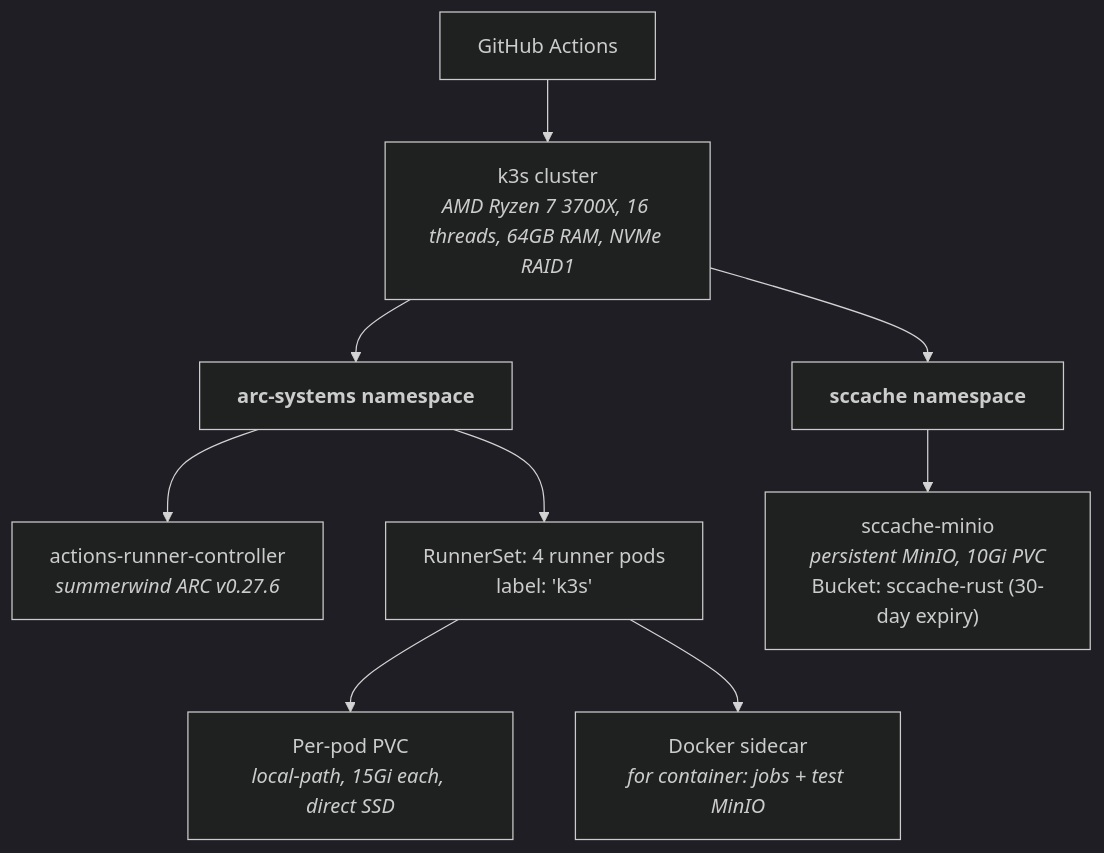
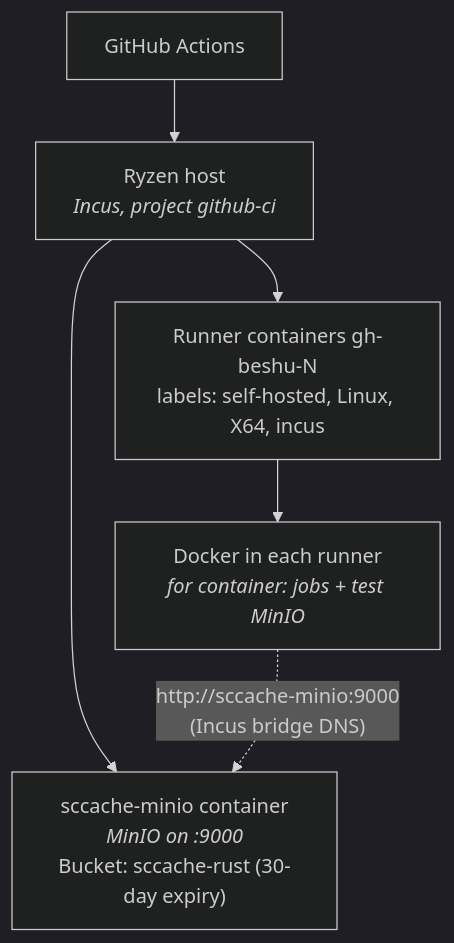
The first of 2 diagrams in docs/dev/ci-infra.md (beshu-tech/deltaglider_proxy), drawn with Mermaid (dark theme) before and after one commit. The commit also changed other lines of this file and 6 other files, not shown here.

First line of the commit message:
ci: drop k3s references; select runners with the incus label (#128)

````diff
--- a/docs/dev/ci-infra.md
+++ b/docs/dev/ci-infra.md
@@ -11,14 +11,9 @@
 ```mermaid
 graph TD
-    GH["GitHub Actions"] --> K3S["k3s cluster<br/><i>AMD Ryzen 7 3700X, 16 threads, 64GB RAM, NVMe RAID1</i>"]
+    GH["GitHub Actions"] --> HOST["Ryzen host<br/><i>Incus, project github-ci</i>"]
 
-    K3S --> ARC["<b>arc-systems namespace</b>"]
-    K3S --> SCC["<b>sccache namespace</b>"]
-
-    ARC --> CTRL["actions-runner-controller<br/><i>summerwind ARC v0.27.6</i>"]
-    ARC --> RS["RunnerSet: 4 runner pods<br/>label: 'k3s'"]
-    RS --> PVC["Per-pod PVC<br/><i>local-path, 15Gi each, direct SSD</i>"]
-    RS --> DKR["Docker sidecar<br/><i>for container: jobs + test MinIO</i>"]
-
-    SCC --> MINIO["sccache-minio<br/><i>persistent MinIO, 10Gi PVC</i><br/>Bucket: sccache-rust (30-day expiry)"]
+    HOST --> RUN["Runner containers gh-beshu-N<br/>labels: self-hosted, Linux, X64, incus"]
+    HOST --> SCC["sccache-minio container<br/><i>MinIO on :9000</i><br/>Bucket: sccache-rust (30-day expiry)"]
+    RUN --> DKR["Docker in each runner<br/><i>for container: jobs + test MinIO</i>"]
+    DKR -. "http://sccache-minio:9000<br/>(Incus bridge DNS)" .-> SCC
 ```
````
